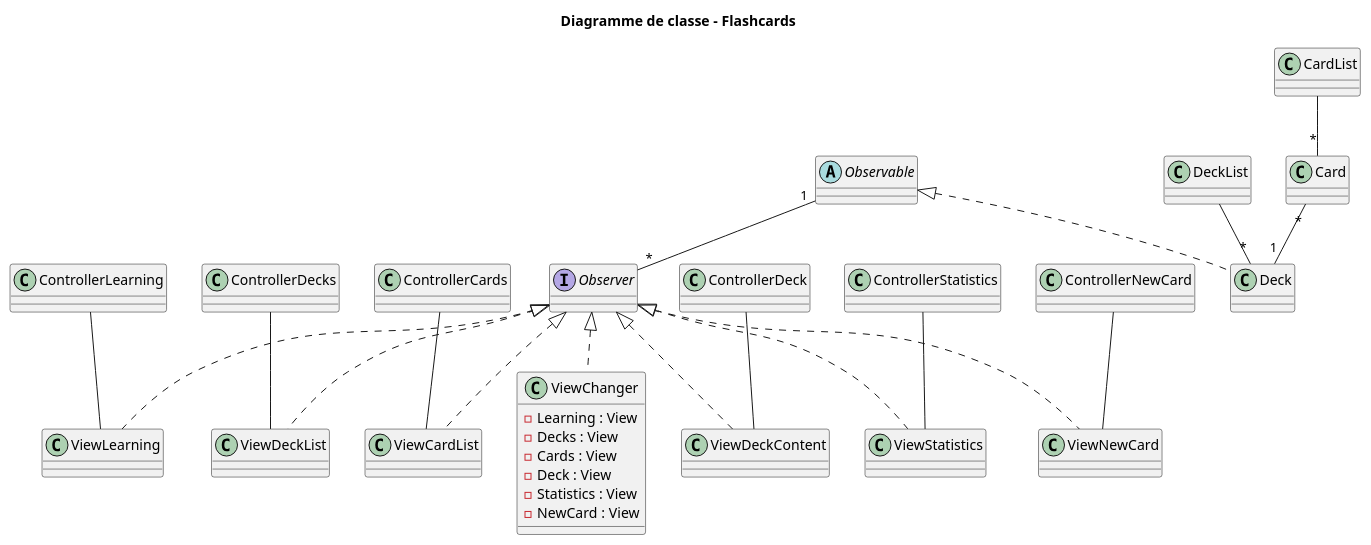
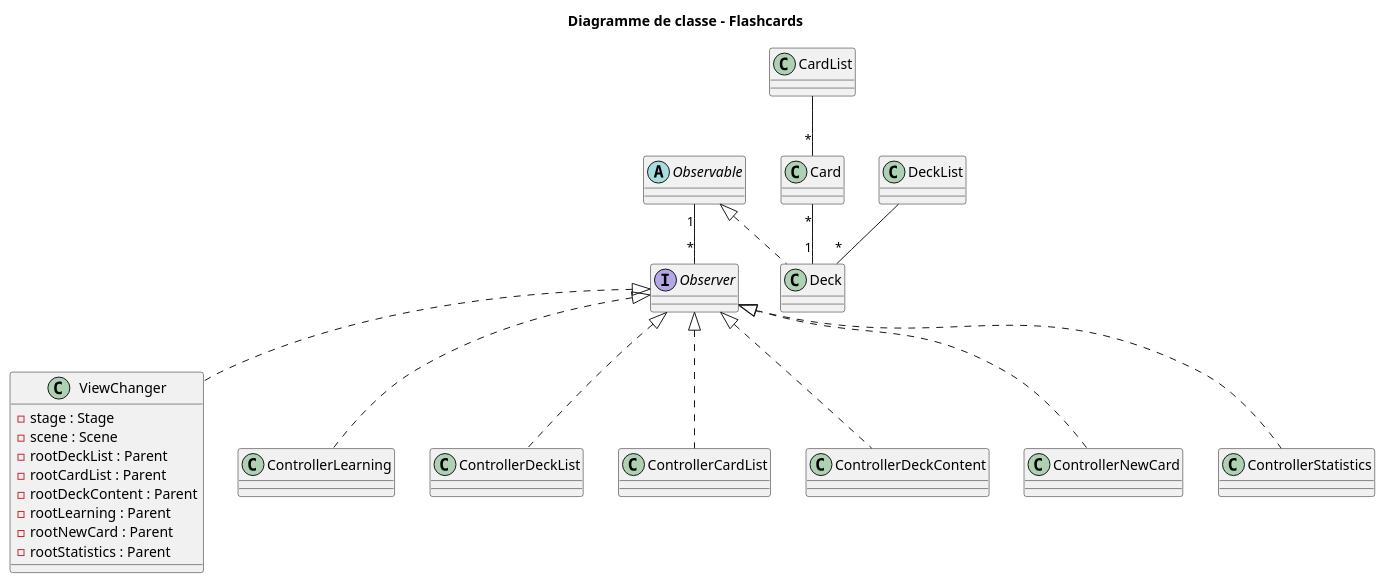
One commit to baldraven/Flashcards changed the diagram in Documentation/ClassDiagram.plantuml. Above: the diagram before and after it, drawn with PlantUML.

Commit message:
[edit] Diagramme de classes : suppression des vues

```diff
--- a/Documentation/ClassDiagram.plantuml
+++ b/Documentation/ClassDiagram.plantuml
@@ -1,60 +1,47 @@
 @startuml
 title "Diagramme de classe - Flashcards"
 
 class ViewChanger {
-    - Learning : View
-    - Decks : View
-    - Cards : View
-    - Deck : View
-    - Statistics : View
-    - NewCard : View
+    - stage : Stage
+    - scene : Scene
+    - rootDeckList : Parent
+    - rootCardList : Parent
+    - rootDeckContent : Parent
+    - rootLearning : Parent
+    - rootNewCard : Parent
+    - rootStatistics : Parent
 }
 
 interface Observer{}
 abstract Observable{}
 
 class Card{}
 class CardList{}
 class Deck{}
 class DeckList{}
 
-class ViewLearning{} 
-class ViewDeckList{}
-class ViewCardList{}
-class ViewDeckContent{}
-class ViewStatistics{}
-class ViewNewCard{}
-
 class ControllerLearning{}
-class ControllerDecks{}
-class ControllerCards{}
-class ControllerDeck{}
+class ControllerDeckList{}
+class ControllerCardList{}
+class ControllerDeckContent{}
+class ControllerNewCard{}
 class ControllerStatistics{}
-class ControllerNewCard{}
-
 
 Observer <|.. ViewChanger
 
-Observer <|.. ViewLearning
-Observer <|.. ViewDeckList
-Observer <|.. ViewCardList
-Observer <|.. ViewDeckContent
-Observer <|.. ViewNewCard
-Observer <|.. ViewStatistics
+Observer <|.. ControllerLearning
+Observer <|.. ControllerDeckList
+Observer <|.. ControllerCardList
+Observer <|.. ControllerDeckContent
+Observer <|.. ControllerNewCard
+Observer <|.. ControllerStatistics
 
 Observable <|.. Deck
 
 CardList -- "*" Card
 DeckList -- "*" Deck
 
-ControllerLearning -- ViewLearning
-ControllerDecks -- ViewDeckList
-ControllerCards -- ViewCardList
-ControllerDeck -- ViewDeckContent
-ControllerStatistics -- ViewStatistics
-ControllerNewCard -- ViewNewCard
-
 Card "*" -- "1" Deck
 Observable "1" -- "*" Observer
 
 @enduml
```
